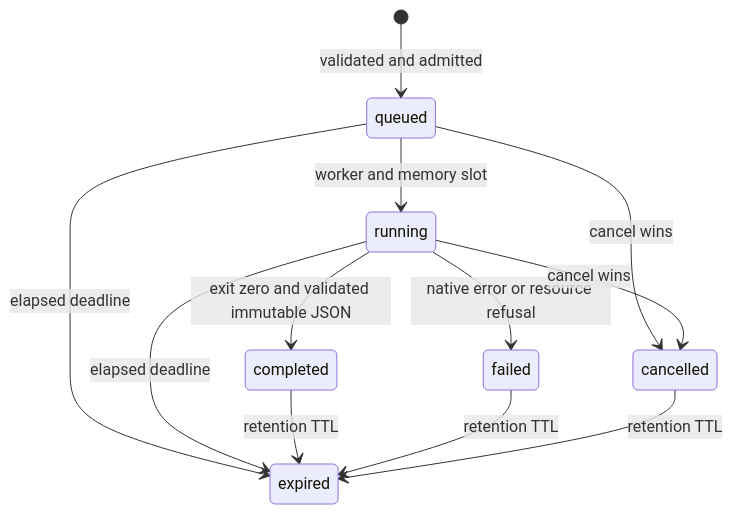
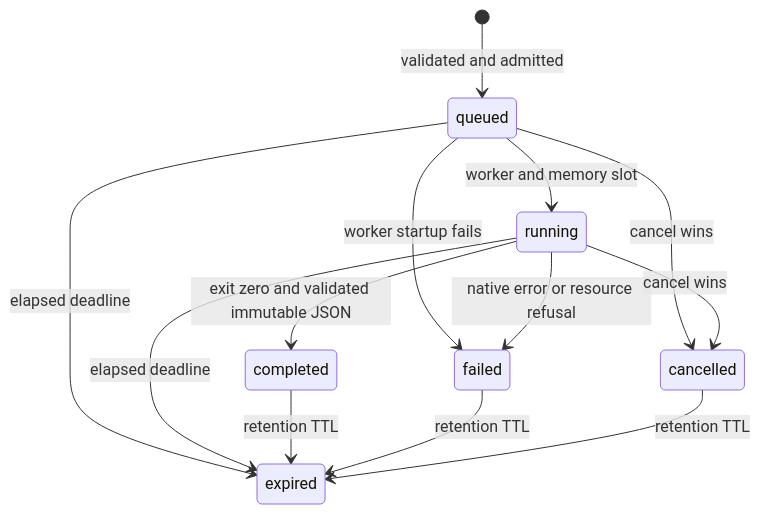
One commit to jacksonpradolima/coleman4hcs changed the second of 2 diagrams in docs/application-api.md. Above: the diagram before and after it, drawn with Mermaid. The commit also changed other lines of this file and 5 other files, not shown here.

````diff
--- a/docs/application-api.md
+++ b/docs/application-api.md
@@ -221,14 +228,15 @@
 ```mermaid
 stateDiagram-v2
     [*] --> queued: validated and admitted
     queued --> running: worker and memory slot
     queued --> cancelled: cancel wins
+    queued --> failed: worker startup fails
     queued --> expired: elapsed deadline
     running --> completed: exit zero and validated immutable JSON
     running --> failed: native error or resource refusal
     running --> cancelled: cancel wins
     running --> expired: elapsed deadline
     completed --> expired: retention TTL
     failed --> expired: retention TTL
     cancelled --> expired: retention TTL
 ```
````
